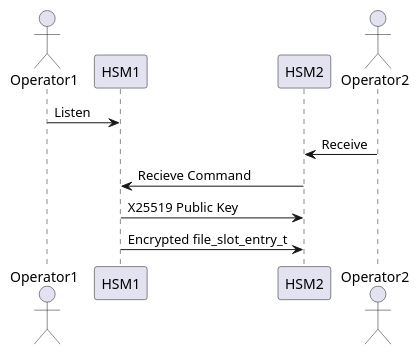
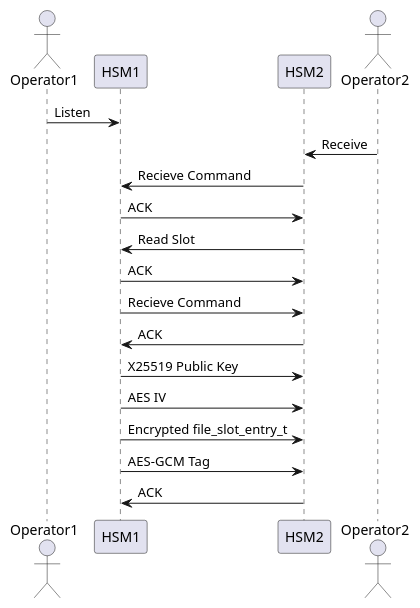
One commit to OSU-embedded-security-club/2026-ectf-osu-design changed the diagram in docs/plantuml/file_transfer.pu. Above: the diagram before and after it, drawn with PlantUML. The commit also changed 1 other file, not shown here.

Commit message:
plantuml changes

```diff
--- a/docs/plantuml/file_transfer.pu
+++ b/docs/plantuml/file_transfer.pu
@@ -1,13 +1,21 @@
 @startuml
 actor Operator1 as op1
 participant HSM1
 participant HSM2
 actor Operator2 as op2
 
 op1 -> HSM1 : Listen
 op2 -> HSM2 : Receive
 
 HSM2 -> HSM1 : Recieve Command
+HSM1 -> HSM2 : ACK
+HSM2 -> HSM1 : Read Slot
+HSM1 -> HSM2 : ACK
+HSM1 -> HSM2 : Recieve Command
+HSM2 -> HSM1 : ACK
 HSM1 -> HSM2 : X25519 Public Key
+HSM1 -> HSM2 : AES IV
 HSM1 -> HSM2 : Encrypted file_slot_entry_t
+HSM1 -> HSM2 : AES-GCM Tag
+HSM2 -> HSM1 : ACK
 @enduml
```
